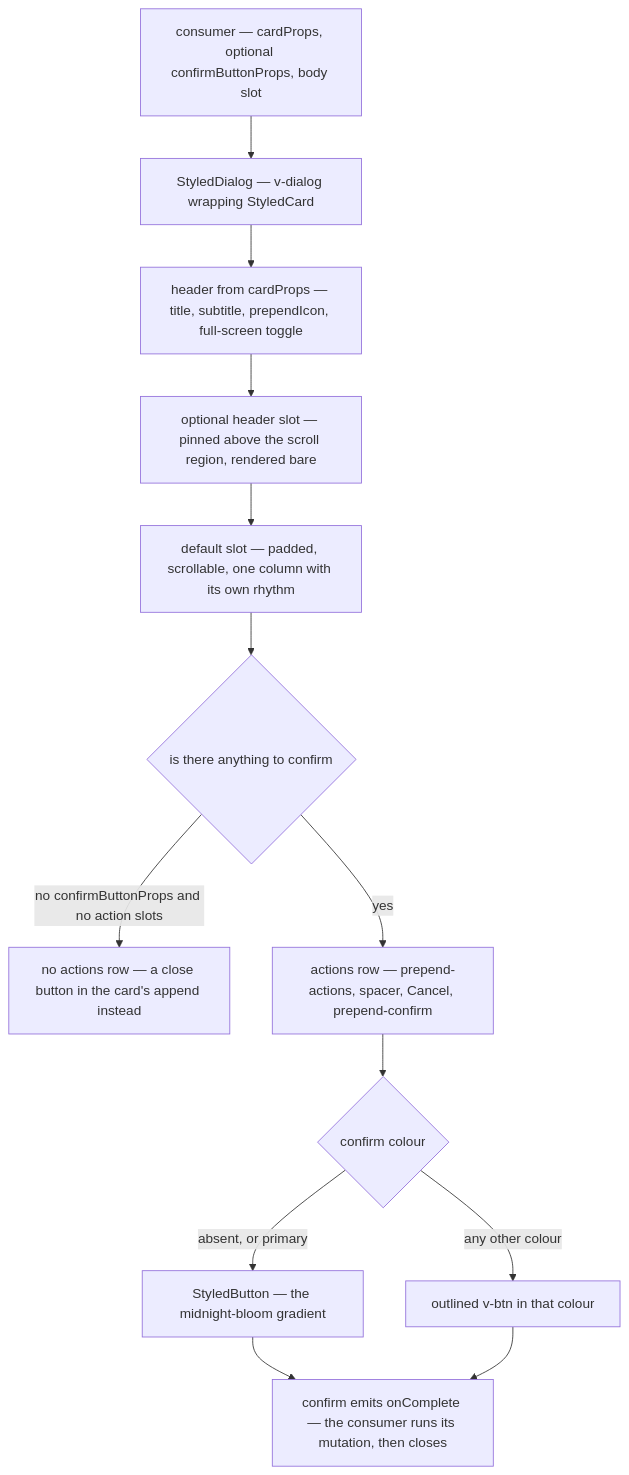
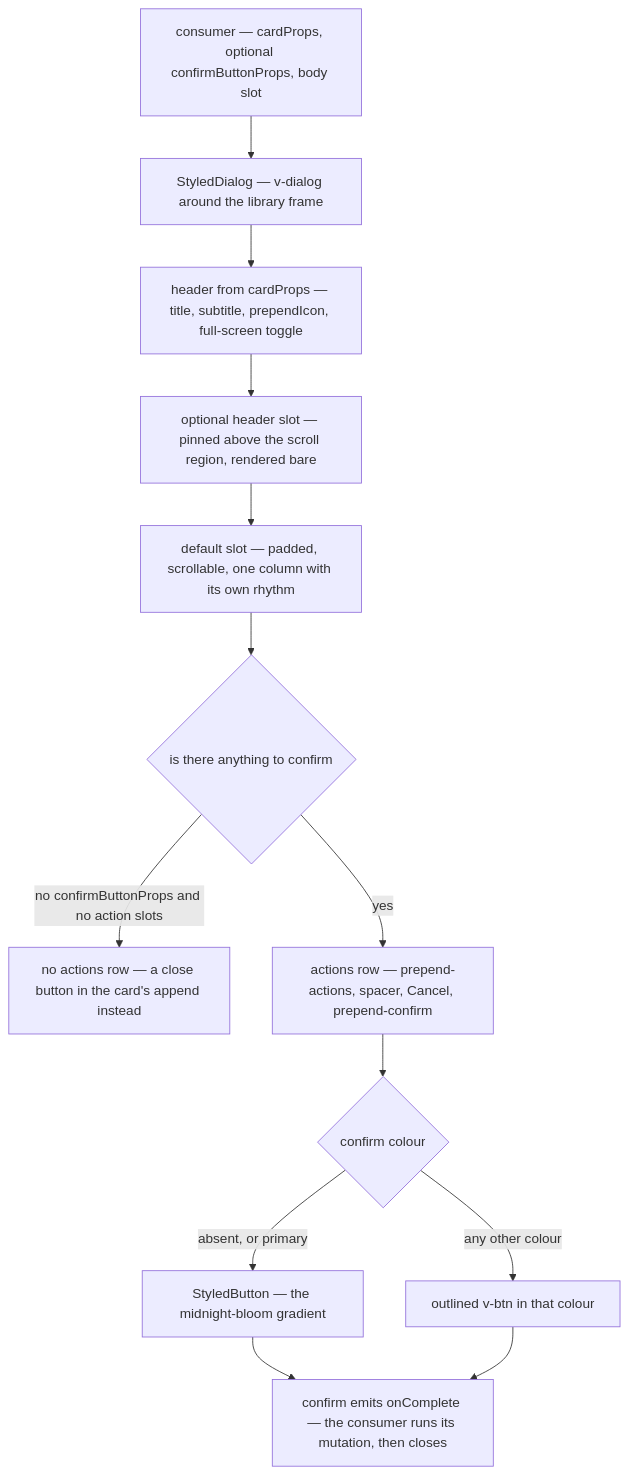
Before and after one commit to Esposter/Esposter: the diagram in apps/web/content/docs/architecture/dialog-shell.md, drawn with Mermaid. The commit also changed other lines of this file and 78 other files, not shown here.

First line of the commit message:
feat(web): the app shell — a dock of the reader's places, one toast stack, the library's dialogs and one status page (2/3)

````diff
--- a/apps/web/content/docs/architecture/dialog-shell.md
+++ b/apps/web/content/docs/architecture/dialog-shell.md
@@ -14,15 +14,15 @@
 ```mermaid
 flowchart TD
-  CONSUMER["consumer — cardProps, optional confirmButtonProps, body slot"] --> SHELL["StyledDialog — v-dialog wrapping StyledCard"]
+  CONSUMER["consumer — cardProps, optional confirmButtonProps, body slot"] --> SHELL["StyledDialog — v-dialog around the library frame"]
   SHELL --> HEADER["header from cardProps — title, subtitle, prependIcon, full-screen toggle"]
   HEADER --> PINNED["optional header slot — pinned above the scroll region, rendered bare"]
   PINNED --> BODY["default slot — padded, scrollable, one column with its own rhythm"]
   BODY --> HASACTIONS{"is there anything to confirm"}
   HASACTIONS -->|"no confirmButtonProps and no action slots"| CLOSE["no actions row — a close button in the card's append instead"]
   HASACTIONS -->|"yes"| ACTIONS["actions row — prepend-actions, spacer, Cancel, prepend-confirm"]
   ACTIONS --> GATE{"confirm colour"}
   GATE -->|"absent, or primary"| GRADIENT["StyledButton — the midnight-bloom gradient"]
   GATE -->|"any other colour"| PLAIN["outlined v-btn in that colour"]
   GRADIENT --> CONFIRM["confirm emits onComplete — the consumer runs its mutation, then closes"]
   PLAIN --> CONFIRM
 ```
````
